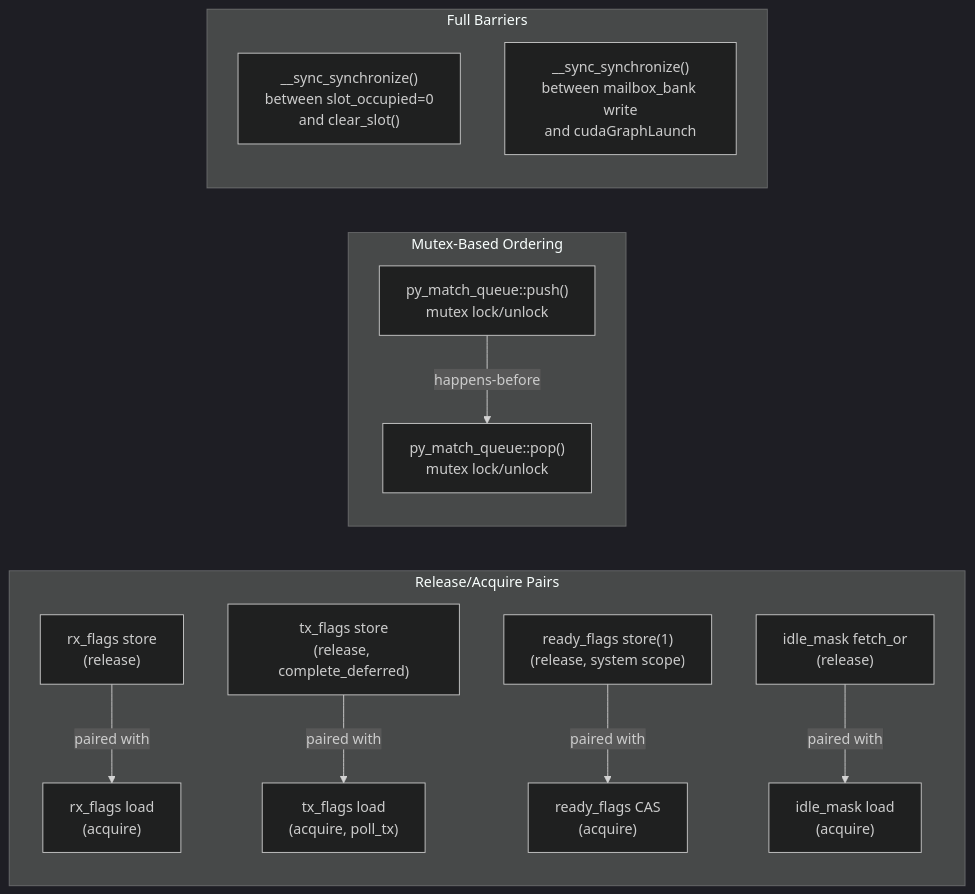
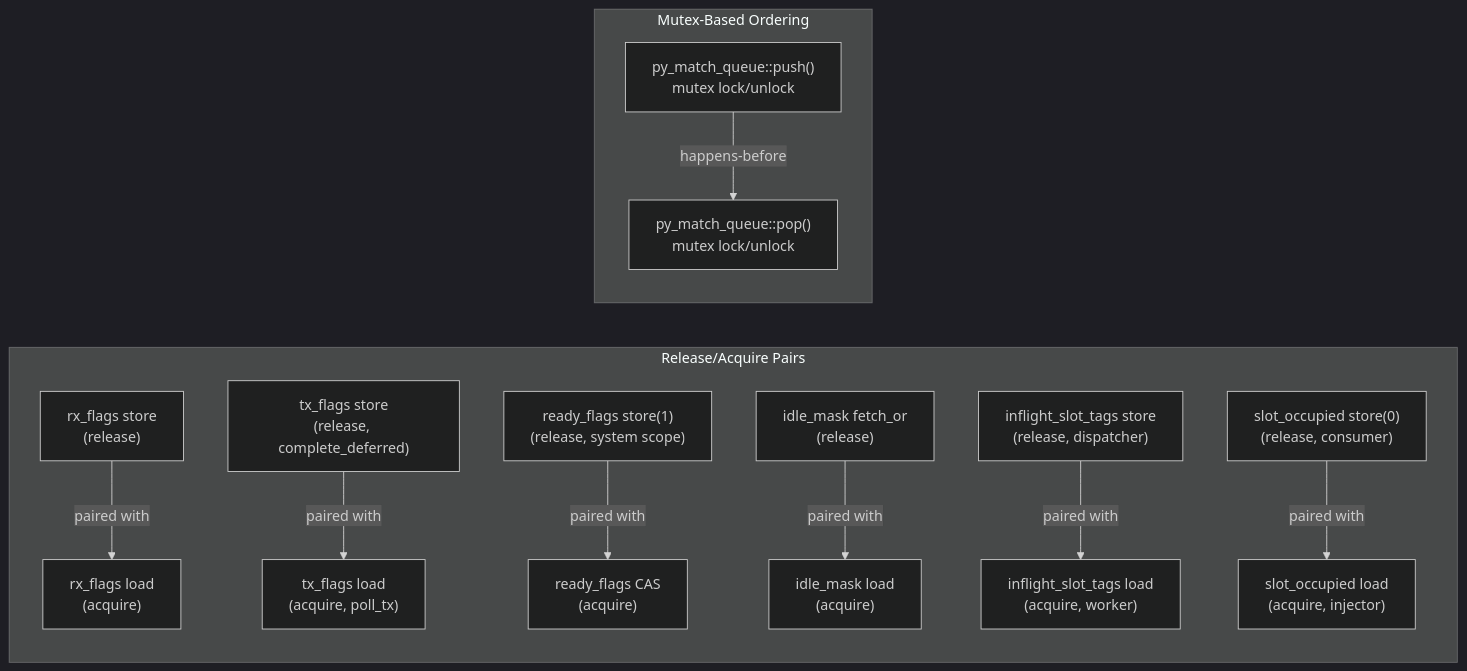
The seventh of 8 diagrams in libs/qec/lib/realtime/realtime_pipeline_architecture.md (NVIDIA/cudaq-qec), drawn with Mermaid (dark theme) before and after one commit. The commit also changed other lines of this file and 16 other files, not shown here.

````diff
--- a/libs/qec/lib/realtime/realtime_pipeline_architecture.md
+++ b/libs/qec/lib/realtime/realtime_pipeline_architecture.md
@@ -405,18 +431,15 @@
 ```mermaid
 flowchart LR
     subgraph "Release/Acquire Pairs"
         A["rx_flags store<br>(release)"] -->|"paired with"| B["rx_flags load<br>(acquire)"]
         C["tx_flags store<br>(release, complete_deferred)"] -->|"paired with"| D["tx_flags load<br>(acquire, poll_tx)"]
         E["ready_flags store(1)<br>(release, system scope)"] -->|"paired with"| F["ready_flags CAS<br>(acquire)"]
         G["idle_mask fetch_or<br>(release)"] -->|"paired with"| H["idle_mask load<br>(acquire)"]
+        M["inflight_slot_tags store<br>(release, dispatcher)"] -->|"paired with"| N["inflight_slot_tags load<br>(acquire, worker)"]
+        K["slot_occupied store(0)<br>(release, consumer)"] -->|"paired with"| L["slot_occupied load<br>(acquire, injector)"]
     end
 
     subgraph "Mutex-Based Ordering"
         I["py_match_queue::push()<br>mutex lock/unlock"] -->|"happens-before"| J["py_match_queue::pop()<br>mutex lock/unlock"]
     end
-
-    subgraph "Full Barriers"
-        K["__sync_synchronize()<br>between slot_occupied=0<br>and clear_slot()"]
-        L["__sync_synchronize()<br>between mailbox_bank write<br>and cudaGraphLaunch"]
-    end
 ```
````
